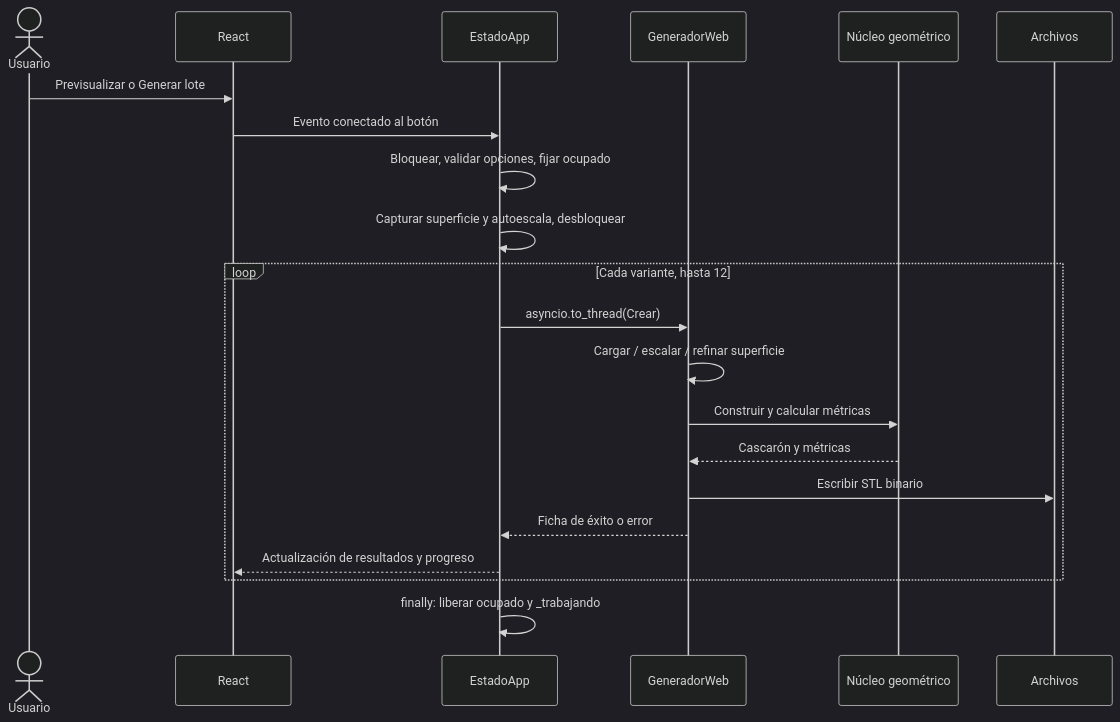
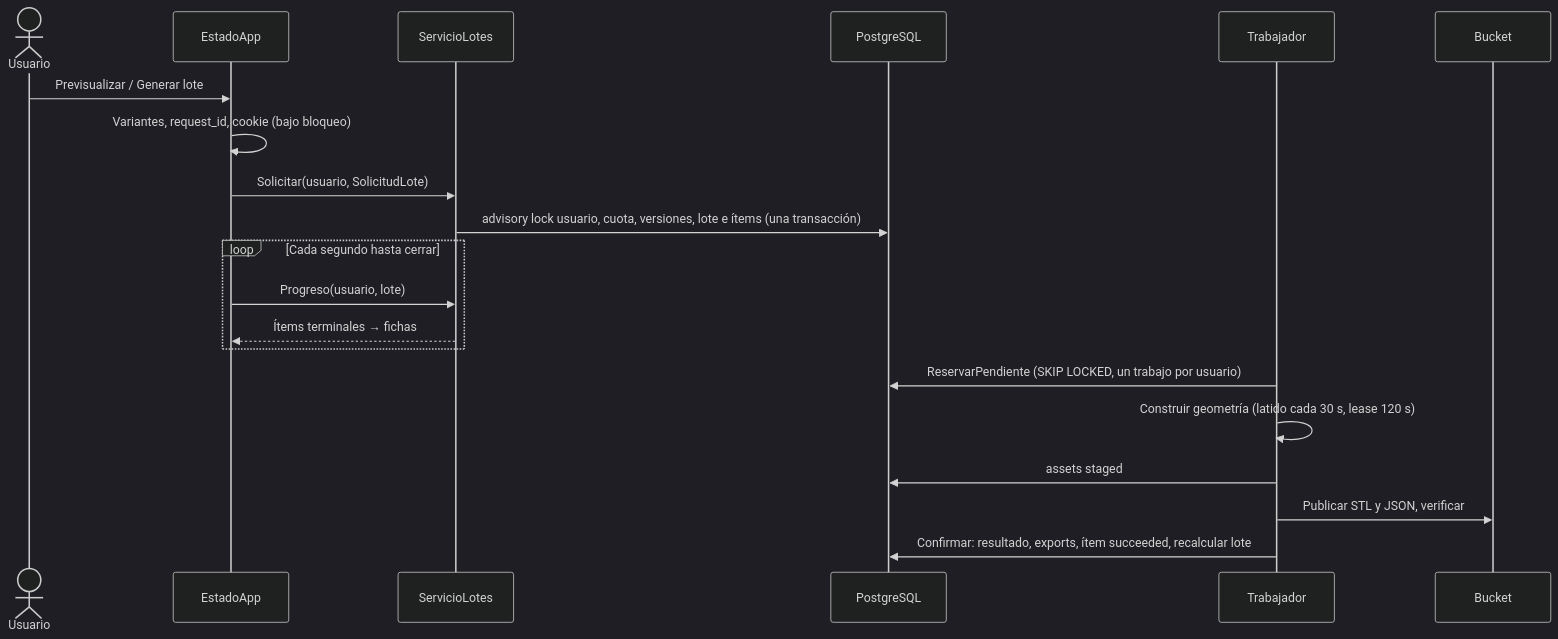
Before and after one commit to MateoDG2006/GenerateModelsApp: the third of 3 diagrams in docs/AppBackend/ARQUITECTURA.md, drawn with Mermaid (dark theme). The commit also changed other lines of this file and 29 other files, not shown here.

````diff
--- a/docs/AppBackend/ARQUITECTURA.md
+++ b/docs/AppBackend/ARQUITECTURA.md
@@ -86,23 +82,22 @@
 ```mermaid
 sequenceDiagram
   actor Usuario
-  participant UI as React
   participant E as EstadoApp
-  participant G as GeneradorWeb
-  participant K as Núcleo geométrico
-  participant D as Archivos
-  Usuario->>UI: Previsualizar o Generar lote
-  UI->>E: Evento conectado al botón
-  E->>E: Bloquear, validar opciones, fijar ocupado
-  E->>E: Capturar superficie y autoescala, desbloquear
-  loop Cada variante, hasta 12
-    E->>G: asyncio.to_thread(Crear)
-    G->>G: Cargar / escalar / refinar superficie
-    G->>K: Construir y calcular métricas
-    K-->>G: Cascarón y métricas
-    G->>D: Escribir STL binario
-    G-->>E: Ficha de éxito o error
-    E-->>UI: Actualización de resultados y progreso
+  participant L as ServicioLotes
+  participant DB as PostgreSQL
+  participant T as Trabajador
+  participant B as Bucket
+  Usuario->>E: Previsualizar / Generar lote
+  E->>E: Variantes, request_id, cookie (bajo bloqueo)
+  E->>L: Solicitar(usuario, SolicitudLote)
+  L->>DB: advisory lock usuario, cuota, versiones, lote e ítems (una transacción)
+  loop Cada segundo hasta cerrar
+    E->>L: Progreso(usuario, lote)
+    L-->>E: Ítems terminales → fichas
   end
-  E->>E: finally: liberar ocupado y _trabajando
+  T->>DB: ReservarPendiente (SKIP LOCKED, un trabajo por usuario)
+  T->>T: Construir geometría (latido cada 30 s, lease 120 s)
+  T->>DB: assets staged
+  T->>B: Publicar STL y JSON, verificar
+  T->>DB: Confirmar: resultado, exports, ítem succeeded, recalcular lote
 ```
````
